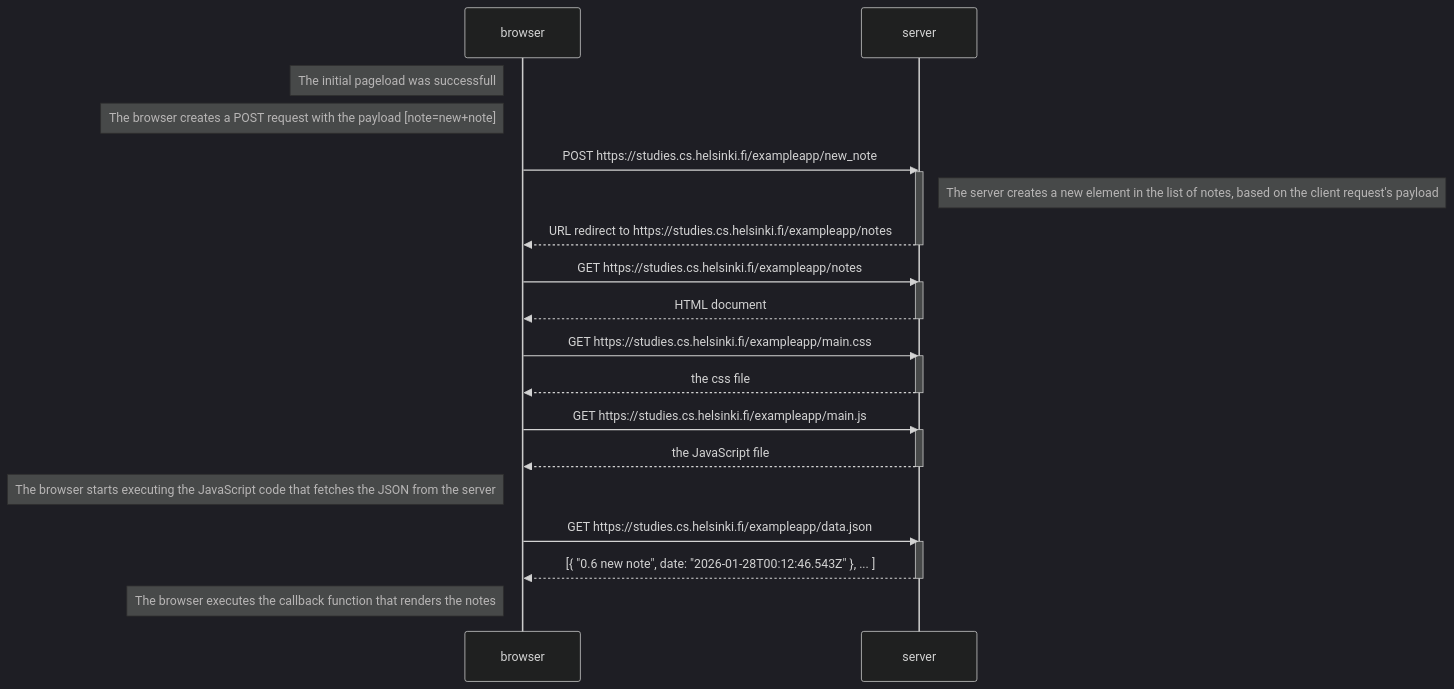
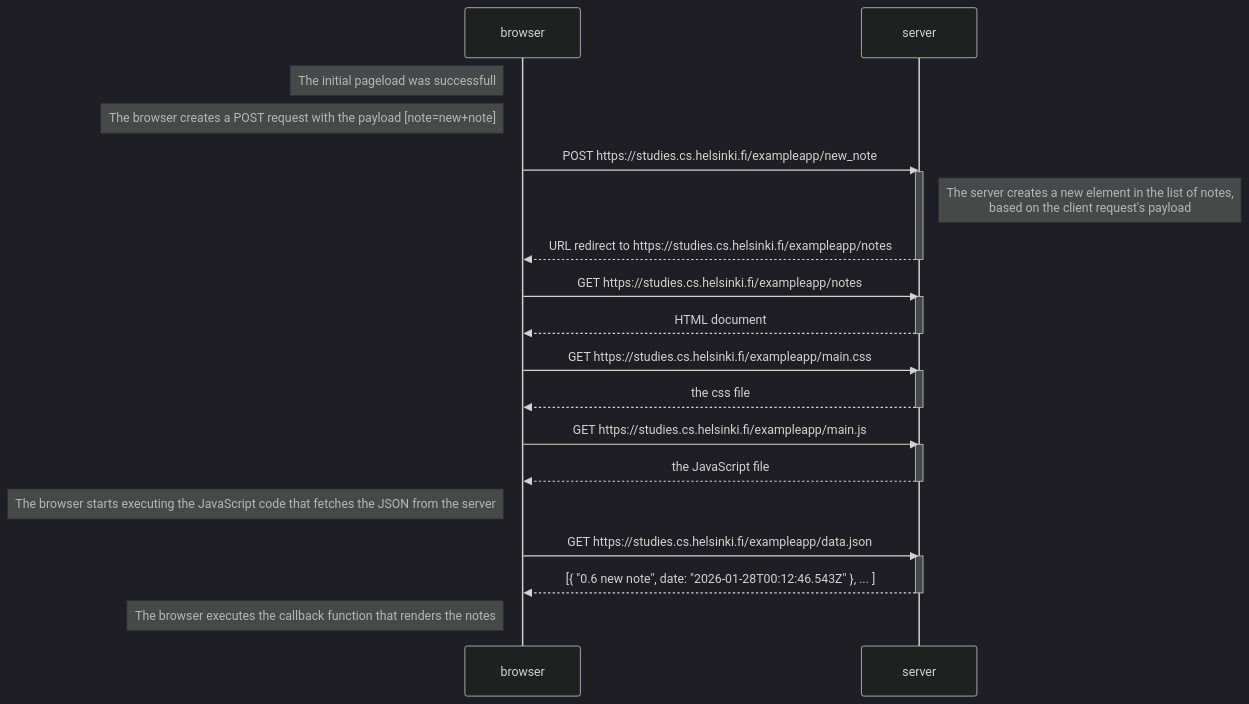
One commit to jakobsitory/full-stack-open changed the diagram in part0/ex04-new-note-diagram.md. Above: the diagram before and after it, drawn with Mermaid (dark theme). The commit also changed 1 other file, not shown here.

Commit message:
added linebreaks in notes to enhance readability

````diff
--- a/part0/ex04-new-note-diagram.md
+++ b/part0/ex04-new-note-diagram.md
@@ -2,38 +2,38 @@
 ```mermaid
 sequenceDiagram
     participant browser
     participant server
 
 	Note left of browser: The initial pageload was successfull
     Note left of browser: The browser creates a POST request with the payload [note=new+note]
 
 	browser->>server: POST https://studies.cs.helsinki.fi/exampleapp/new_note
 	activate server
-    Note right of server: The server creates a new element in the list of notes, based on the client request's payload
+    Note right of server: The server creates a new element in the list of notes, <br/>based on the client request's payload
 	server-->>browser: URL redirect to https://studies.cs.helsinki.fi/exampleapp/notes
 	deactivate server
 
     browser->>server: GET https://studies.cs.helsinki.fi/exampleapp/notes
     activate server
     server-->>browser: HTML document
     deactivate server
 
     browser->>server: GET https://studies.cs.helsinki.fi/exampleapp/main.css
     activate server
     server-->>browser: the css file
     deactivate server
 
     browser->>server: GET https://studies.cs.helsinki.fi/exampleapp/main.js
     activate server
     server-->>browser: the JavaScript file
     deactivate server
 
     Note left of browser: The browser starts executing the JavaScript code that fetches the JSON from the server
 
     browser->>server: GET https://studies.cs.helsinki.fi/exampleapp/data.json
     activate server
     server-->>browser: [{ "0.6 new note", date: "2026-01-28T00:12:46.543Z" }, ... ]
     deactivate server
 
     Note left of browser: The browser executes the callback function that renders the notes
 ```
````
